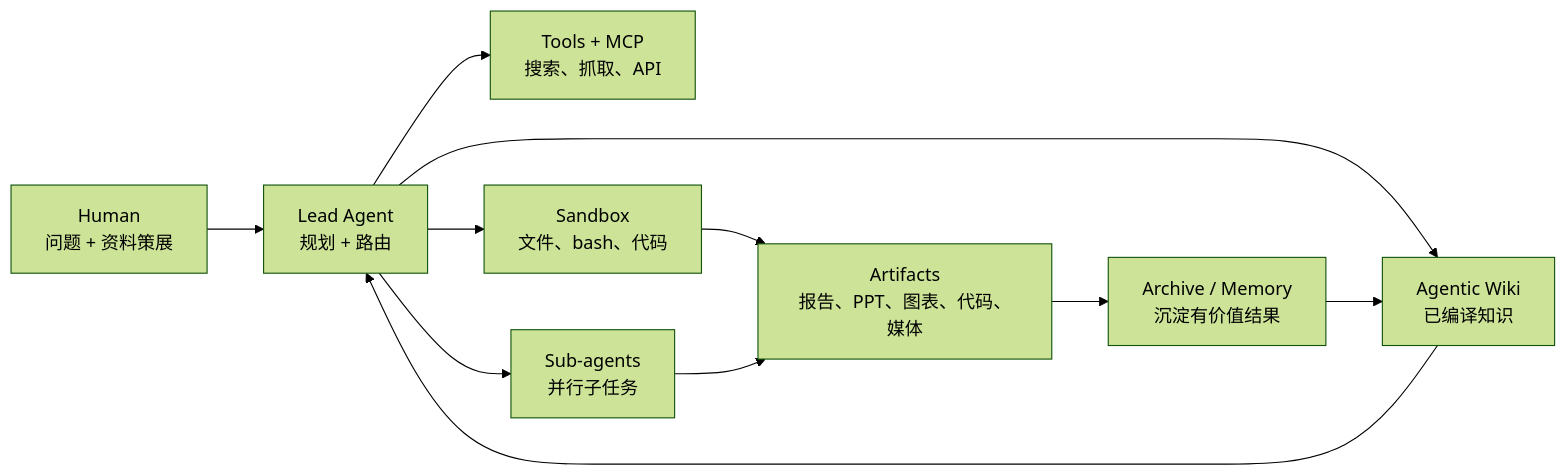
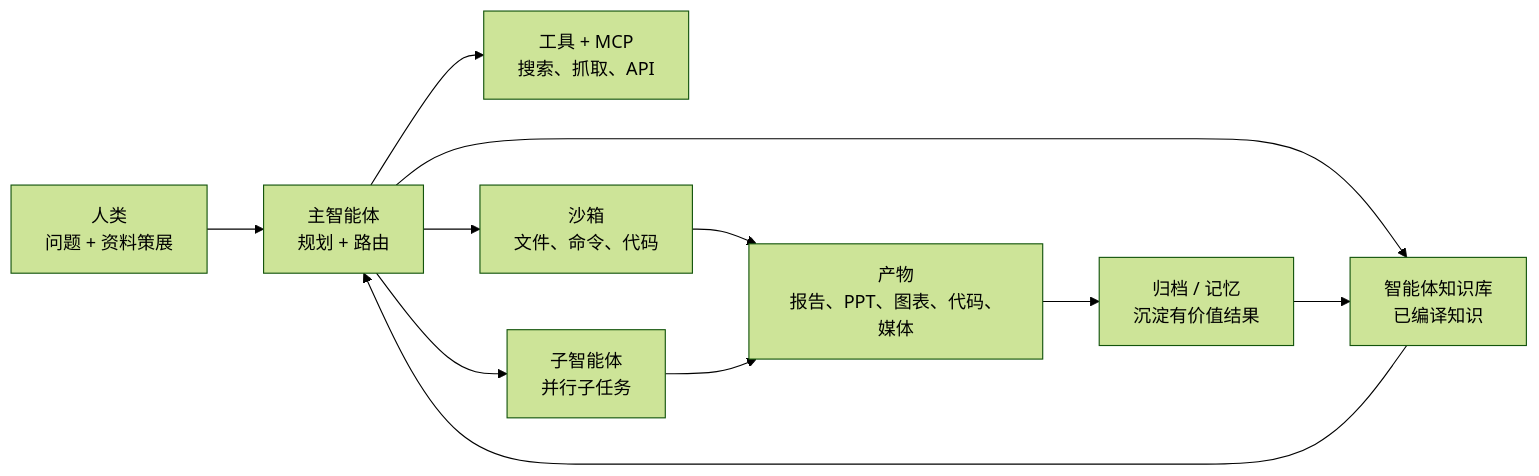
The first of 2 diagrams in README_zh.md (WXDwik/deer-flow-wiki), drawn with Mermaid (forest theme) before and after one commit. The commit also changed other lines of this file and 1 other file, not shown here.

Commit message:
中文readme更新

````diff
--- a/README_zh.md
+++ b/README_zh.md
@@ -34,13 +34,13 @@
 ```mermaid
 flowchart LR
-    U["Human<br/>问题 + 资料策展"] --> A["Lead Agent<br/>规划 + 路由"]
-    A --> W["Agentic Wiki<br/>已编译知识"]
-    A --> T["Tools + MCP<br/>搜索、抓取、API"]
-    A --> S["Sandbox<br/>文件、bash、代码"]
-    A --> G["Sub-agents<br/>并行子任务"]
-    S --> O["Artifacts<br/>报告、PPT、图表、代码、媒体"]
+    U["人类<br/>问题 + 资料策展"] --> A["主智能体<br/>规划 + 路由"]
+    A --> W["智能体知识库<br/>已编译知识"]
+    A --> T["工具 + MCP<br/>搜索、抓取、API"]
+    A --> S["沙箱<br/>文件、命令、代码"]
+    A --> G["子智能体<br/>并行子任务"]
+    S --> O["产物<br/>报告、PPT、图表、代码、媒体"]
     G --> O
     W --> A
-    O --> R["Archive / Memory<br/>沉淀有价值结果"]
+    O --> R["归档 / 记忆<br/>沉淀有价值结果"]
     R --> W
 ```
````
